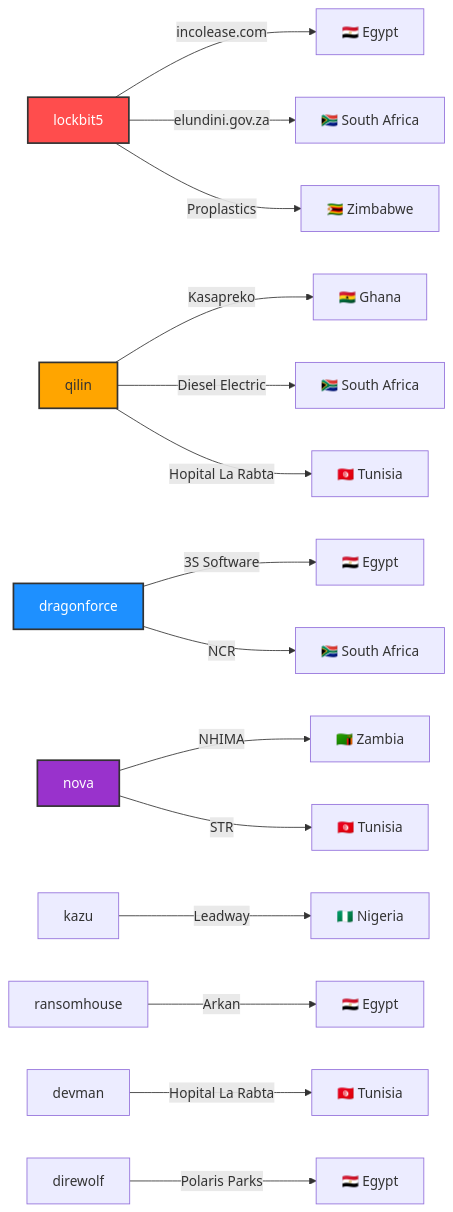
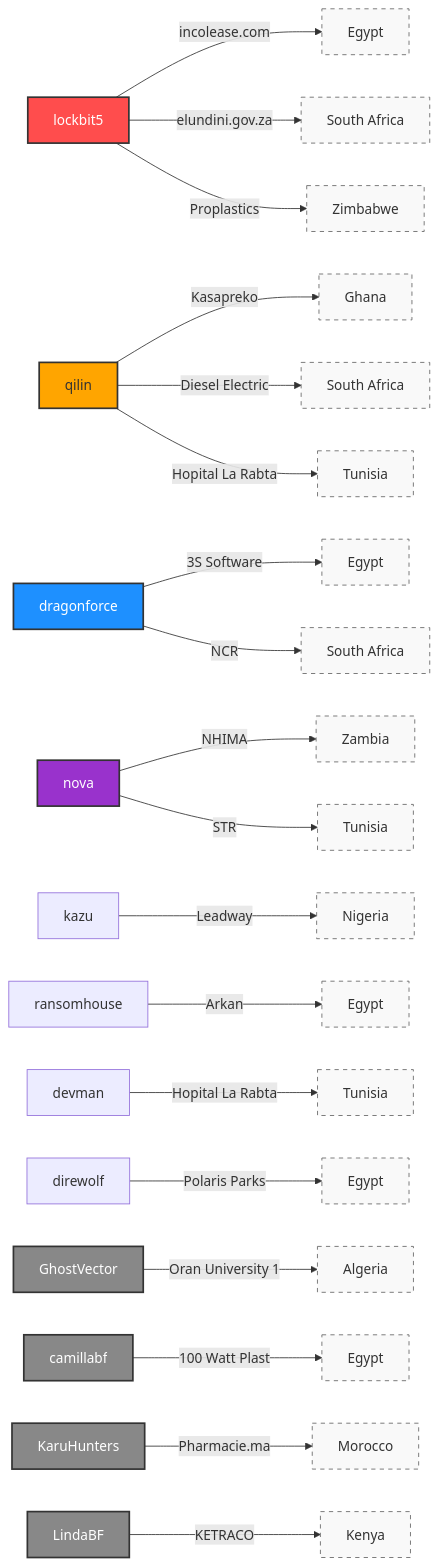
One commit to Hatchepsoute/AFRINTEL changed the third of 3 diagrams in CyberAttackAfrica/2025/12-december/README.md. Above: the diagram before and after it, drawn with Mermaid. The commit also changed other lines of this file and 255 other files, not shown here.

````diff
--- a/CyberAttackAfrica/2025/12-december/README.md
+++ b/CyberAttackAfrica/2025/12-december/README.md
@@ -119,27 +144,35 @@
 ```mermaid
 graph LR
-    lockbit5 -->|incolease.com| EG1["🇪🇬 Egypt"]
-    lockbit5 -->|elundini.gov.za| ZA1["🇿🇦 South Africa"]
-    lockbit5 -->|Proplastics| ZW["🇿🇼 Zimbabwe"]
-    qilin -->|Kasapreko| GH["🇬🇭 Ghana"]
-    qilin -->|Diesel Electric| ZA2["🇿🇦 South Africa"]
-    qilin -->|Hopital La Rabta| TN1["🇹🇳 Tunisia"]
-    dragonforce -->|3S Software| EG2["🇪🇬 Egypt"]
-    dragonforce -->|NCR| ZA3["🇿🇦 South Africa"]
-    nova -->|NHIMA| ZM["🇿🇲 Zambia"]
-    nova -->|STR| TN2["🇹🇳 Tunisia"]
-    kazu -->|Leadway| NG["🇳🇬 Nigeria"]
-    ransomhouse -->|Arkan| EG3["🇪🇬 Egypt"]
-    devman -->|Hopital La Rabta| TN3["🇹🇳 Tunisia"]
-    direwolf -->|Polaris Parks| EG4["🇪🇬 Egypt"]
+    lockbit5 -->|incolease.com| EG1["Egypt"]
+    lockbit5 -->|elundini.gov.za| ZA1["South Africa"]
+    lockbit5 -->|Proplastics| ZW["Zimbabwe"]
+    qilin -->|Kasapreko| GH["Ghana"]
+    qilin -->|Diesel Electric| ZA2["South Africa"]
+    qilin -->|Hopital La Rabta| TN1["Tunisia"]
+    dragonforce -->|3S Software| EG2["Egypt"]
+    dragonforce -->|NCR| ZA3["South Africa"]
+    nova -->|NHIMA| ZM["Zambia"]
+    nova -->|STR| TN2["Tunisia"]
+    kazu -->|Leadway| NG["Nigeria"]
+    ransomhouse -->|Arkan| EG3["Egypt"]
+    devman -->|Hopital La Rabta| TN3["Tunisia"]
+    direwolf -->|Polaris Parks| EG4["Egypt"]
+    GhostVector -->|Oran University 1| DZ["Algeria"]
+    camillabf -->|100 Watt Plast| EG5["Egypt"]
+    KaruHunters -->|Pharmacie.ma| MA1["Morocco"]
+    LindaBF -->|KETRACO| KE["Kenya"]
 
     %% Styles and Colors
     style lockbit5 fill:#ff4d4d,stroke:#333,stroke-width:2px,color:#fff
     style qilin fill:#ffa500,stroke:#333,stroke-width:2px
     style dragonforce fill:#1e90ff,stroke:#333,stroke-width:2px,color:#fff
     style nova fill:#9932cc,stroke:#333,stroke-width:2px,color:#fff
-    
+    style GhostVector fill:#888,stroke:#333,stroke-width:2px,color:#fff
+    style camillabf fill:#888,stroke:#333,stroke-width:2px,color:#fff
+    style KaruHunters fill:#888,stroke:#333,stroke-width:2px,color:#fff
+    style LindaBF fill:#888,stroke:#333,stroke-width:2px,color:#fff
+
     %% Country Styles
     classDef country fill:#f9f9f9,stroke:#666,stroke-dasharray: 5 5
-    class Egypt1,Egypt2,Egypt3,Egypt4,Zambia,SA1,SA2,SA3,Nigeria,Tunisia1,Tunisia2,Tunisia3,Zimbabwe,Ghana country
+    class EG1,EG2,EG3,EG4,EG5,ZA1,ZA2,ZA3,ZM,NG,TN1,TN2,TN3,ZW,GH,MA1,DZ,KE country
 ```
````
